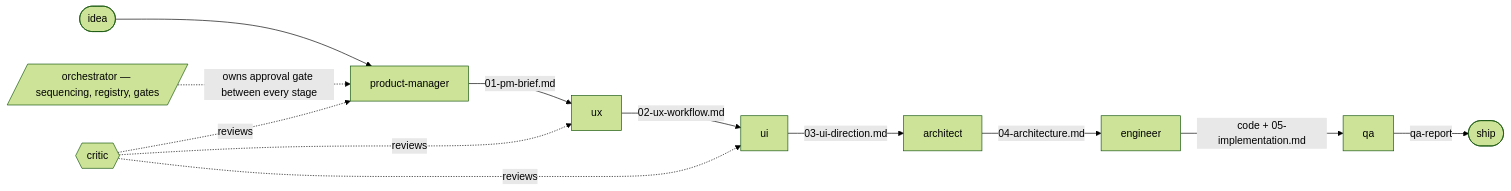
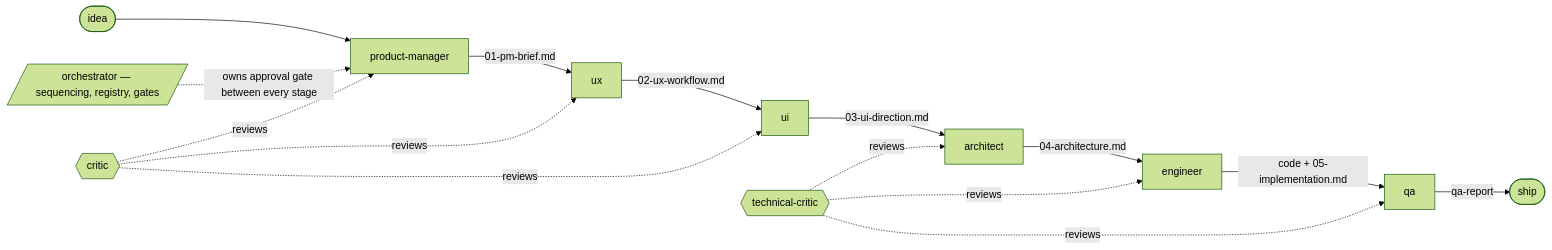
The diagram in ARCHITECTURE.md (BrettSEvans/Agent-C), drawn with Mermaid (forest theme) before and after one commit. The commit also changed other lines of this file and 6 other files, not shown here.

First line of the commit message:
feat(skills): add technical-critic — quality gate for architect/engineer/QA

````diff
--- a/ARCHITECTURE.md
+++ b/ARCHITECTURE.md
@@ -75,17 +78,21 @@
 ```mermaid
 flowchart LR
     seed([idea]) --> PM[product-manager]
     PM -->|01-pm-brief.md| UX[ux]
     UX -->|02-ux-workflow.md| UI[ui]
     UI -->|03-ui-direction.md| ARCH[architect]
     ARCH -->|04-architecture.md| ENG[engineer]
     ENG -->|code + 05-implementation.md| QA[qa]
     QA -->|qa-report| ship([ship])
 
     CRITIC{{critic}} -.reviews.-> PM
     CRITIC -.reviews.-> UX
     CRITIC -.reviews.-> UI
 
+    TCRITIC{{technical-critic}} -.reviews.-> ARCH
+    TCRITIC -.reviews.-> ENG
+    TCRITIC -.reviews.-> QA
+
     ORCH[/orchestrator — sequencing, registry, gates/]
     ORCH -.owns approval gate between every stage.-> PM
 ```
````
